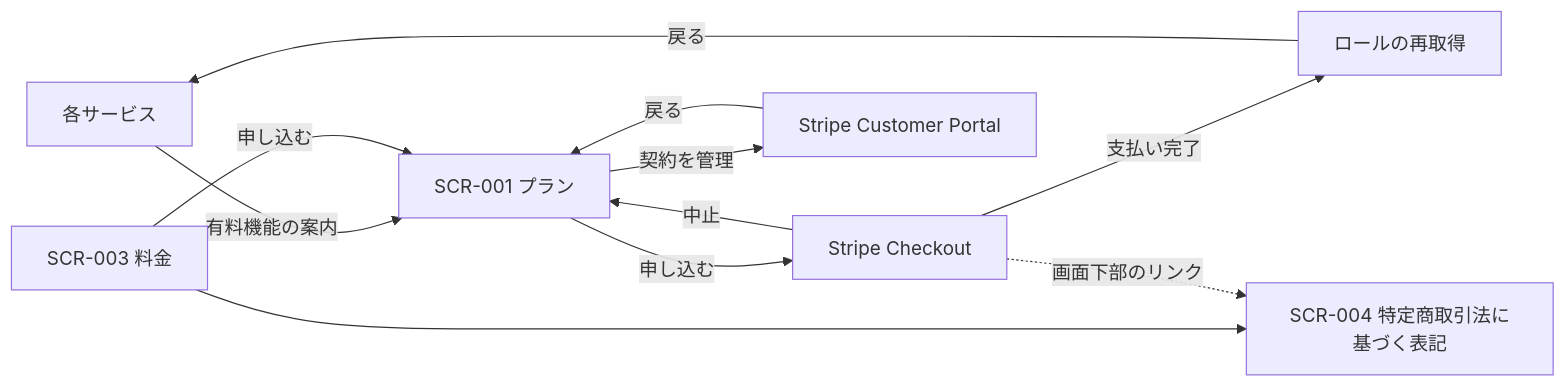
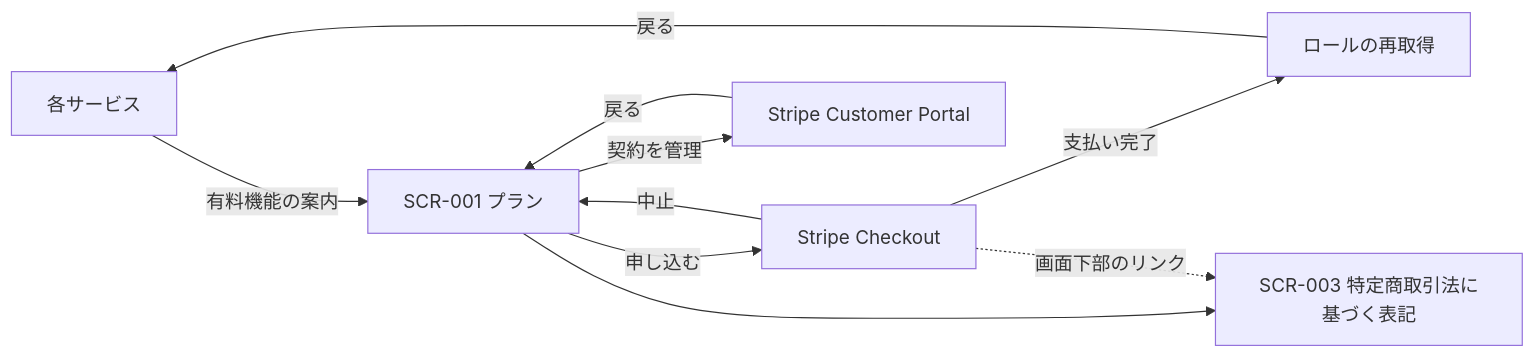
The first of 2 diagrams in tasks/subscription-billing/external-design.md (nagiyu/nagiyu-platform), drawn with Mermaid before and after one commit. The commit also changed other lines of this file and 2 other files, not shown here.

````diff
--- a/tasks/subscription-billing/external-design.md
+++ b/tasks/subscription-billing/external-design.md
@@ -25,13 +24,12 @@
 ```mermaid
 graph LR
     SVC[各サービス] -->|有料機能の案内| PLAN[SCR-001 プラン]
-    PRICE[SCR-003 料金] -->|申し込む| PLAN
     PLAN -->|申し込む| CO[Stripe Checkout]
     CO -->|支払い完了| RF[ロールの再取得]
     RF -->|戻る| SVC
     CO -->|中止| PLAN
     PLAN -->|契約を管理| CP[Stripe Customer Portal]
     CP -->|戻る| PLAN
-    PRICE --> LAW[SCR-004 特定商取引法に基づく表記]
+    PLAN --> LAW[SCR-003 特定商取引法に基づく表記]
     CO -.->|画面下部のリンク| LAW
 ```
````
